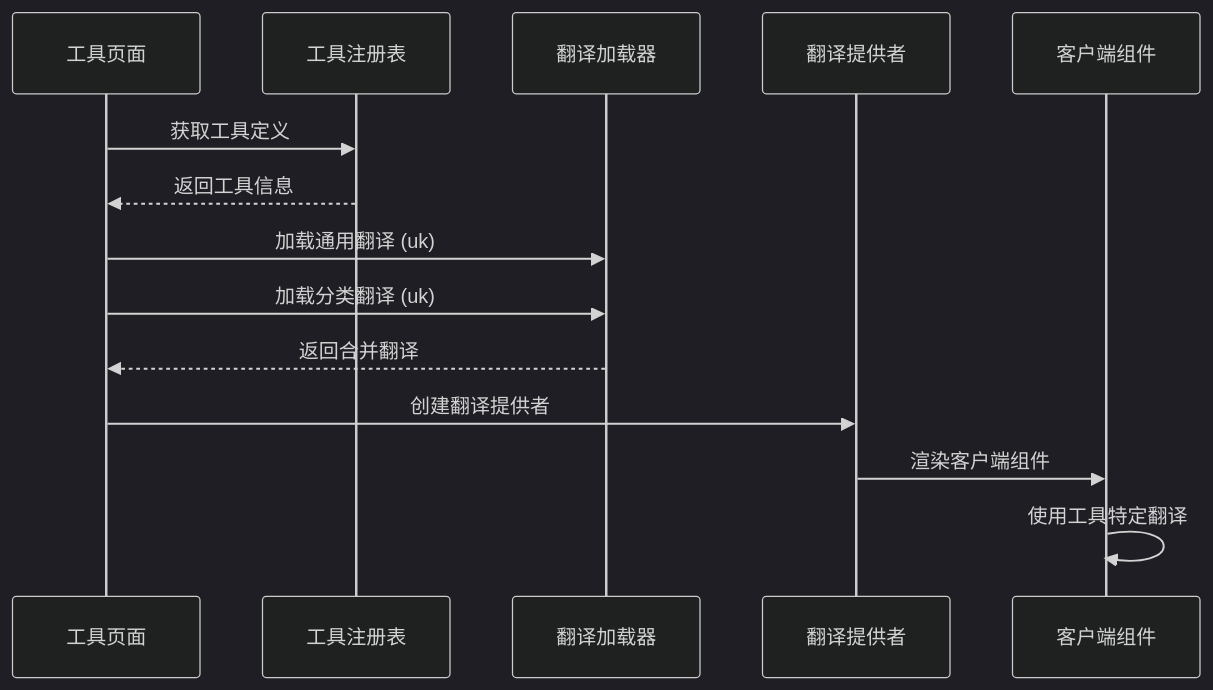
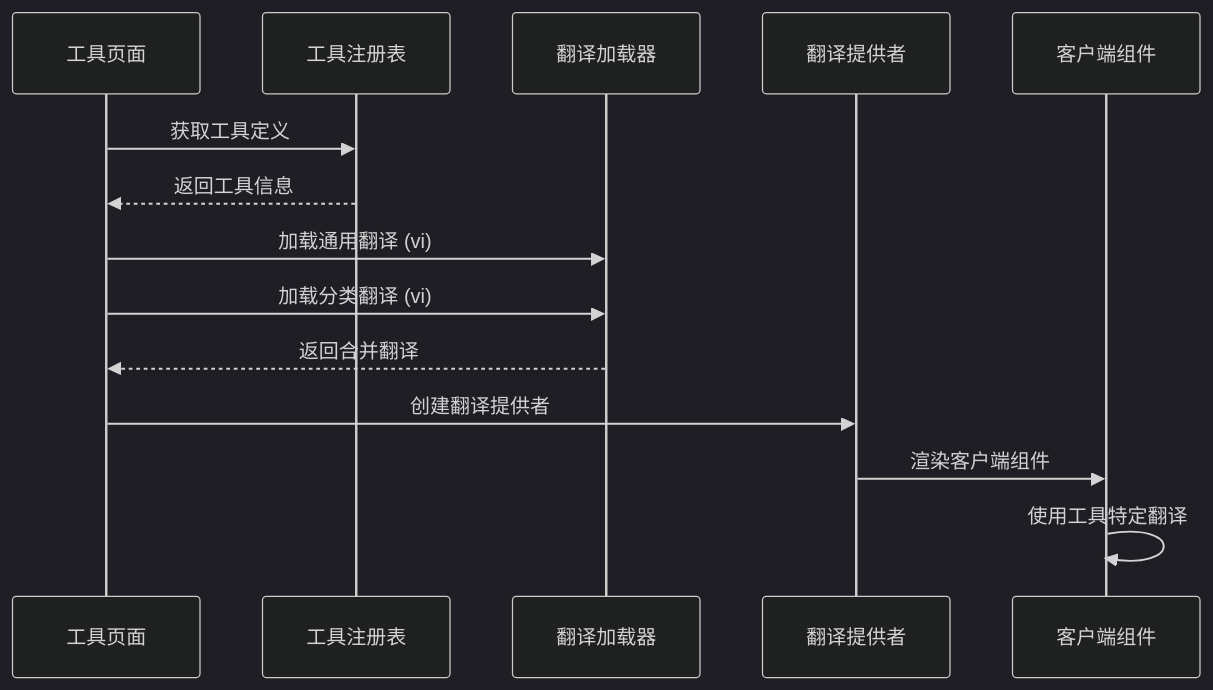
Before and after one commit to sgyy/privadeck: the seventh of 9 diagrams in .qoder/repowiki/zh/content/技术架构/国际化系统.md, drawn with Mermaid (dark theme). The commit also changed other lines of this file and 6 other files, not shown here.

````diff
--- a/.qoder/repowiki/zh/content/技术架构/国际化系统.md
+++ b/.qoder/repowiki/zh/content/技术架构/国际化系统.md
@@ -348,16 +354,16 @@
 ```mermaid
 sequenceDiagram
 participant Page as 工具页面
 participant Registry as 工具注册表
 participant Loader as 翻译加载器
 participant Provider as 翻译提供者
 participant Client as 客户端组件
 Page->>Registry : 获取工具定义
 Registry-->>Page : 返回工具信息
-Page->>Loader : 加载通用翻译 (uk)
-Page->>Loader : 加载分类翻译 (uk)
+Page->>Loader : 加载通用翻译 (vi)
+Page->>Loader : 加载分类翻译 (vi)
 Loader-->>Page : 返回合并翻译
 Page->>Provider : 创建翻译提供者
 Provider->>Client : 渲染客户端组件
 Client->>Client : 使用工具特定翻译
 ```
````
